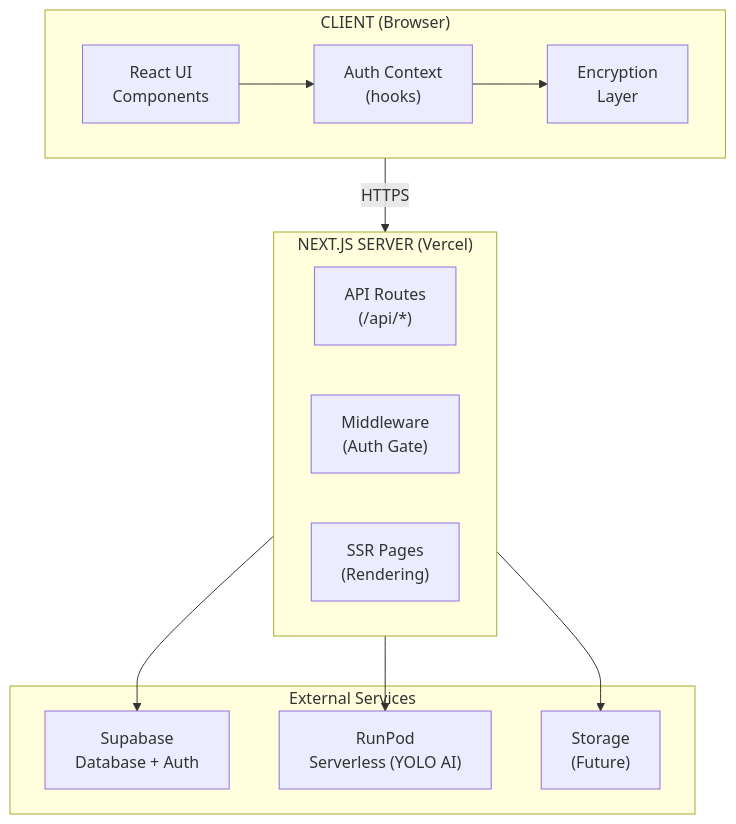
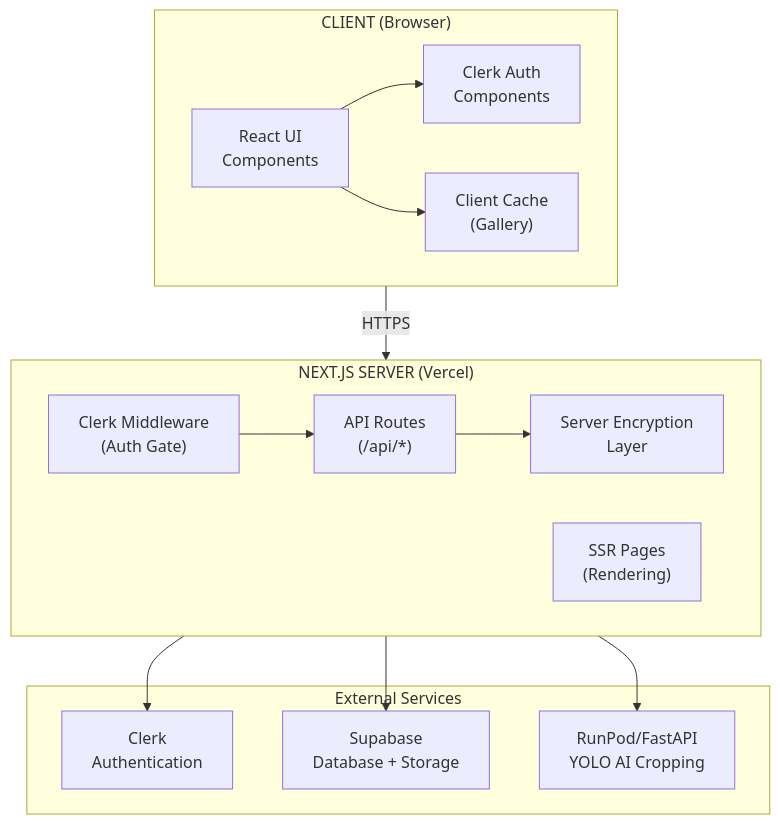
Before and after one commit to bjh-developer/restrip: the first of 4 diagrams in TECHNICAL_DOCUMENTATION.md, drawn with Mermaid. The commit also changed other lines of this file, not shown here.

Commit message:
Update TECHNICAL_DOCUMENTATION.md - auth and encryption sections

````diff
--- a/TECHNICAL_DOCUMENTATION.md
+++ b/TECHNICAL_DOCUMENTATION.md
@@ -205,27 +210,30 @@
 ```mermaid
 graph TB
     subgraph Client["CLIENT (Browser)"]
         UI["React UI<br/>Components"]
-        Auth["Auth Context<br/>(hooks)"]
-        Encrypt["Encryption<br/>Layer"]
-        UI --> Auth
-        Auth --> Encrypt
+        ClerkUI["Clerk Auth<br/>Components"]
+        Cache["Client Cache<br/>(Gallery)"]
+        UI --> ClerkUI
+        UI --> Cache
     end
 
     subgraph Server["NEXT.JS SERVER (Vercel)"]
         API["API Routes<br/>(/api/*)"]
-        Middleware["Middleware<br/>(Auth Gate)"]
+        Middleware["Clerk Middleware<br/>(Auth Gate)"]
+        Encrypt["Server Encryption<br/>Layer"]
         SSR["SSR Pages<br/>(Rendering)"]
+        Middleware --> API
+        API --> Encrypt
     end
 
     subgraph External["External Services"]
-        Supabase["Supabase<br/>Database + Auth"]
-        RunPod["RunPod<br/>Serverless (YOLO AI)"]
-        Storage["Storage<br/>(Future)"]
+        Clerk["Clerk<br/>Authentication"]
+        Supabase["Supabase<br/>Database + Storage"]
+        RunPod["RunPod/FastAPI<br/>YOLO AI Cropping"]
     end
 
     Client -->|HTTPS| Server
+    Server --> Clerk
     Server --> Supabase
     Server --> RunPod
-    Server --> Storage
 ```
````
